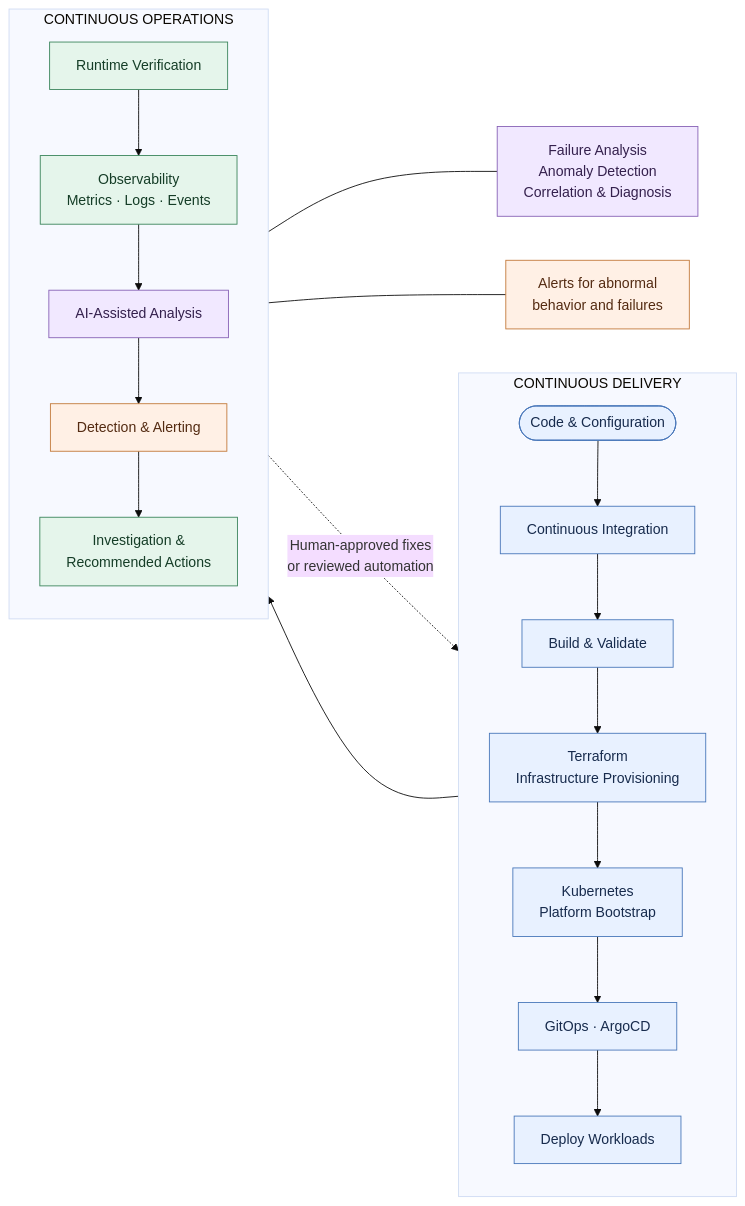
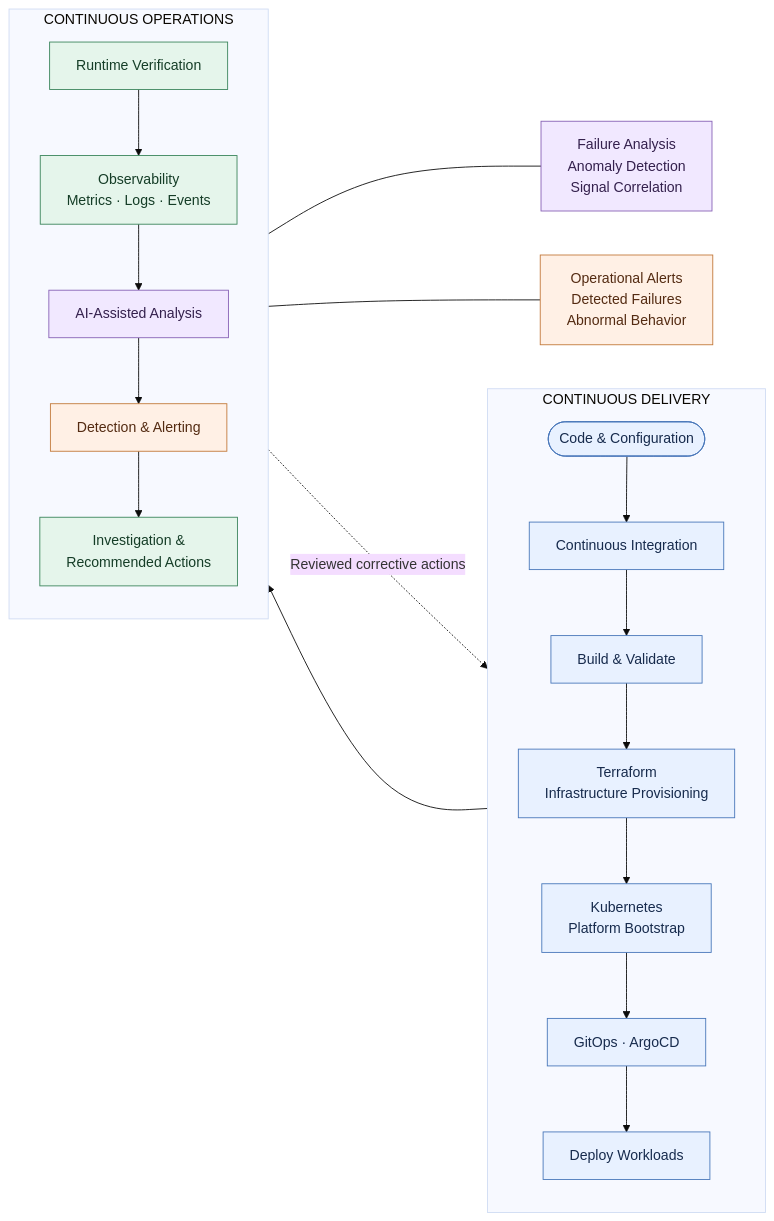
Before and after one commit to codest40/kubapp_internal_platform: the diagram in docs/execution_flow.md, drawn with Mermaid (base theme). The commit also changed other lines of this file, not shown here.

````diff
--- a/docs/execution_flow.md
+++ b/docs/execution_flow.md
@@ -3,42 +3,42 @@
 ```mermaid
 flowchart LR
     subgraph DEV["CONTINUOUS DELIVERY"]
         direction TB
         A(["Code & Configuration"]) --> B["Continuous Integration"]
         B --> C["Build & Validate"]
         C --> D["Terraform<br/>Infrastructure Provisioning"]
         D --> E["Kubernetes<br/>Platform Bootstrap"]
         E --> F["GitOps · ArgoCD"]
         F --> G["Deploy Workloads"]
     end
 
     subgraph OPS["CONTINUOUS OPERATIONS"]
         direction TB
         H["Runtime Verification"]
         I["Observability<br/>Metrics · Logs · Events"]
         J["AI-Assisted Analysis"]
         K["Detection & Alerting"]
         L["Investigation &<br/>Recommended Actions"]
     end
 
     G --> H
     H --> I
     I --> J
     J --> K
     K --> L
 
-    L -. "Human-approved fixes<br/>or reviewed automation" .-> A
+    J --- J1["Failure Analysis<br/>Anomaly Detection<br/>Signal Correlation"]
+    K --- K1["Operational Alerts<br/>Detected Failures<br/>Abnormal Behavior"]
 
-    J --- J1["Failure Analysis<br/>Anomaly Detection<br/>Correlation & Diagnosis"]
-    K --- K1["Alerts for abnormal<br/>behavior and failures"]
+    L -. "Reviewed corrective actions" .-> A
 
     classDef delivery fill:#e8f1ff,stroke:#4776b9,color:#172b4d
     classDef operations fill:#e5f5eb,stroke:#39845a,color:#153d27
     classDef ai fill:#f1e8ff,stroke:#8660b5,color:#34204d
     classDef alert fill:#fff0e5,stroke:#c27839,color:#542b12
 
     class A,B,C,D,E,F,G delivery
     class H,I,L operations
     class J,J1 ai
     class K,K1 alert
 ```
````
